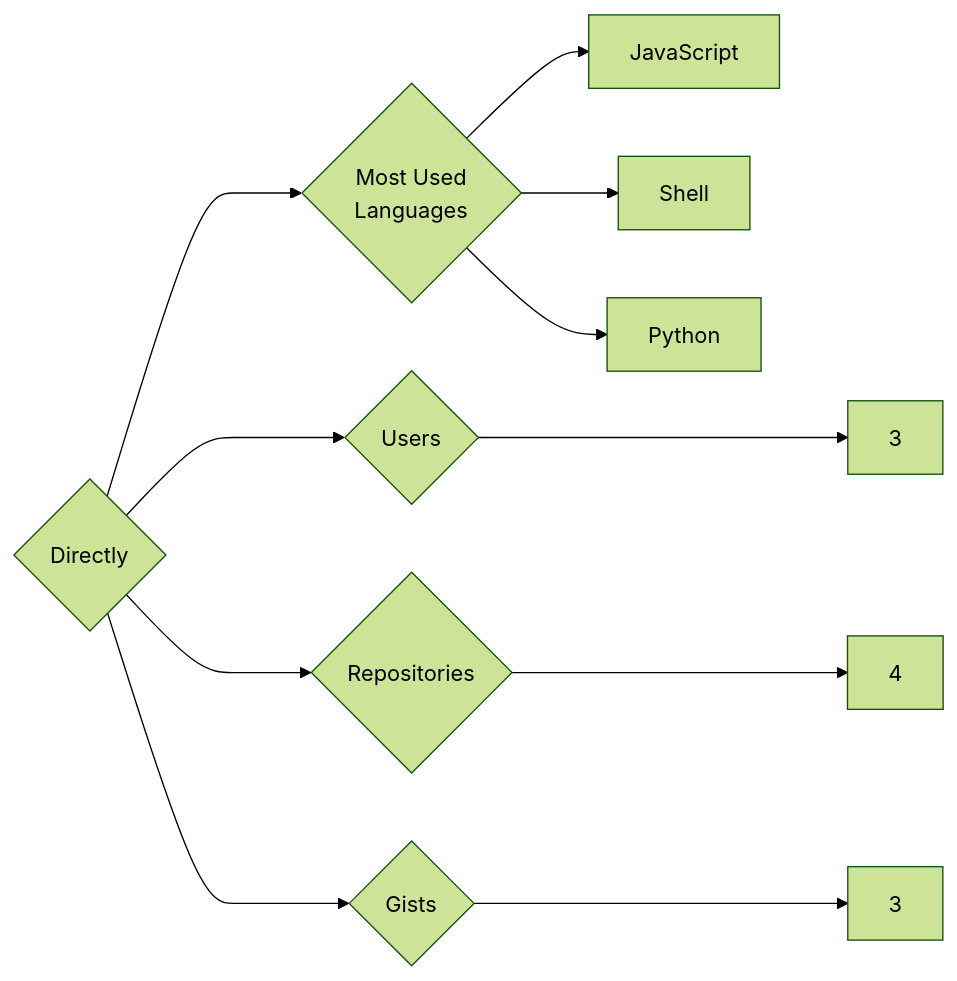
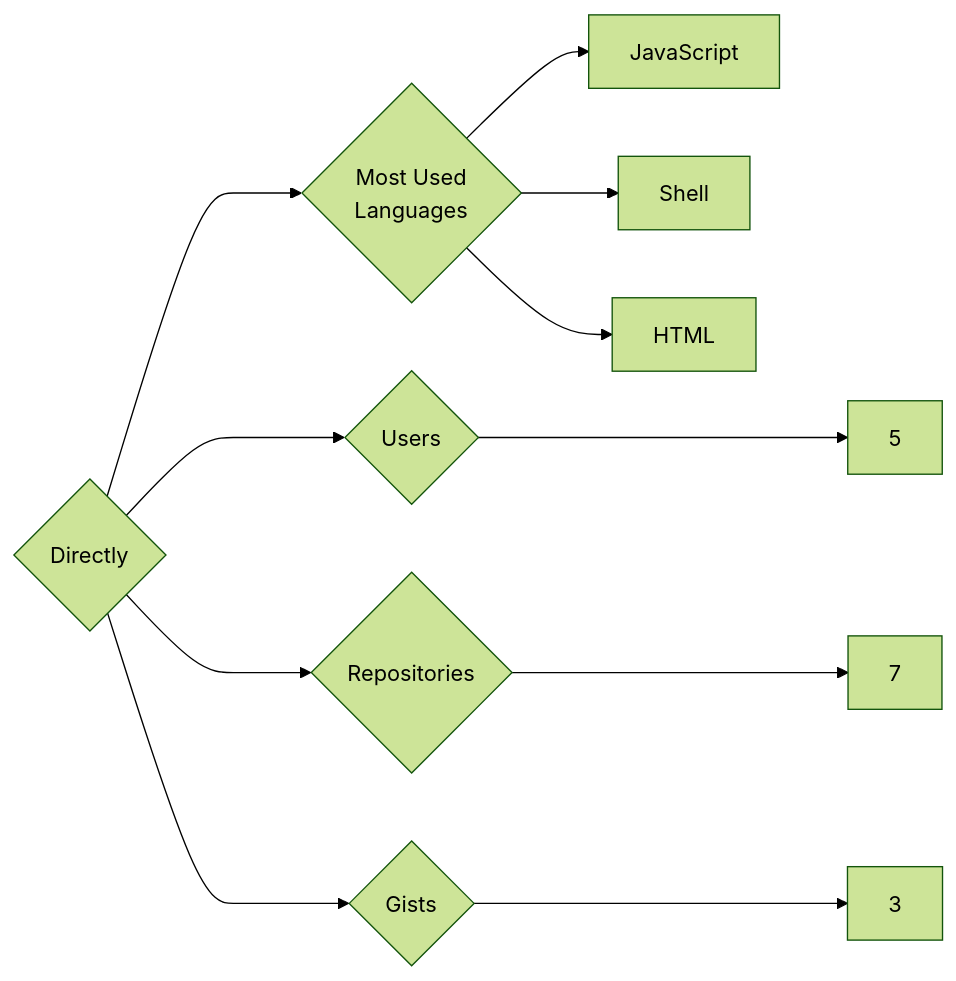
The diagram in targets/Directly/README.md (trickest/insiders), drawn with Mermaid (forest theme) before and after one commit. The commit also changed 1314 other files, not shown here.

````diff
--- a/targets/Directly/README.md
+++ b/targets/Directly/README.md
@@ -3,11 +3,11 @@
 ```mermaid
 graph LR
 COMPANY_NAME{Directly}
-COMPANY_NAME ---> U{Users} ---> UN[3]
-COMPANY_NAME ---> R{Repositories} ---> RN[4]
+COMPANY_NAME ---> U{Users} ---> UN[5]
+COMPANY_NAME ---> R{Repositories} ---> RN[7]
 COMPANY_NAME ---> G{Gists} ---> GN[3]
 COMPANY_NAME ---> ML{Most Used<br>Languages}
 ML --> JavaScript[JavaScript]
 ML --> Shell[Shell]
-ML --> Python[Python]
+ML --> HTML[HTML]
 ```
````
